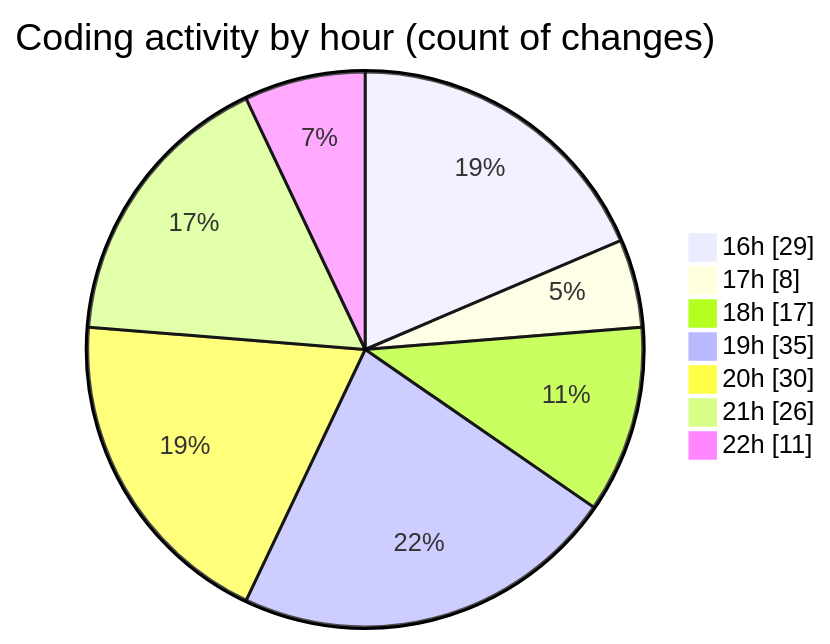
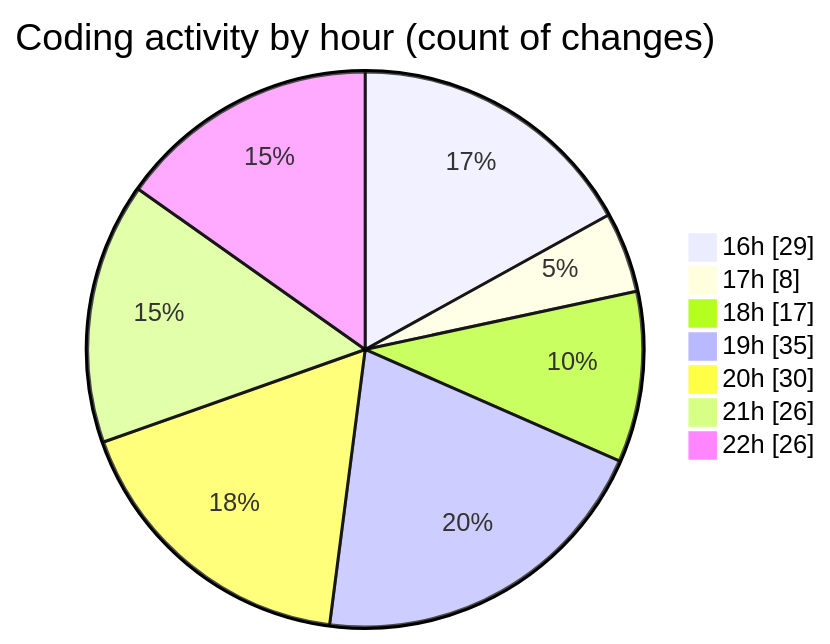
The second of 2 diagrams in 2025-11-01/skintrack/README.md (Netris89/code-tracking), drawn with Mermaid before and after one commit. The commit also changed other lines of this file and 1 other file, not shown here.

````diff
--- a/2025-11-01/skintrack/README.md
+++ b/2025-11-01/skintrack/README.md
@@ -35,11 +35,11 @@
 ```mermaid
 pie showData
 title Coding activity by hour (count of changes)
 "16h" : 29
 "17h" : 8
 "18h" : 17
 "19h" : 35
 "20h" : 30
 "21h" : 26
-"22h" : 11
+"22h" : 26
 ```
````
